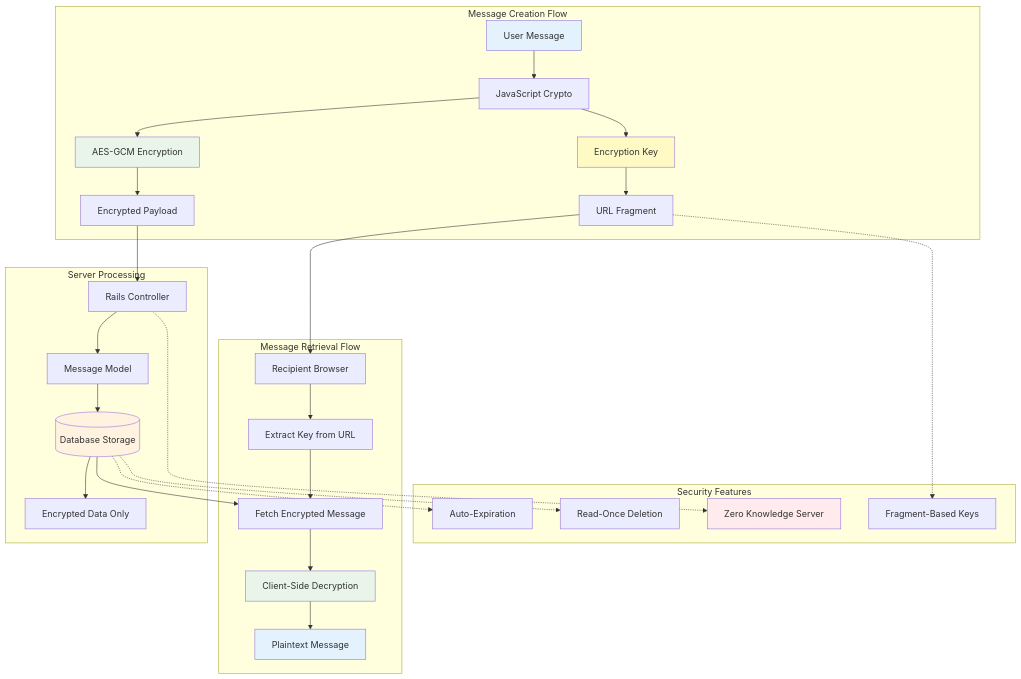
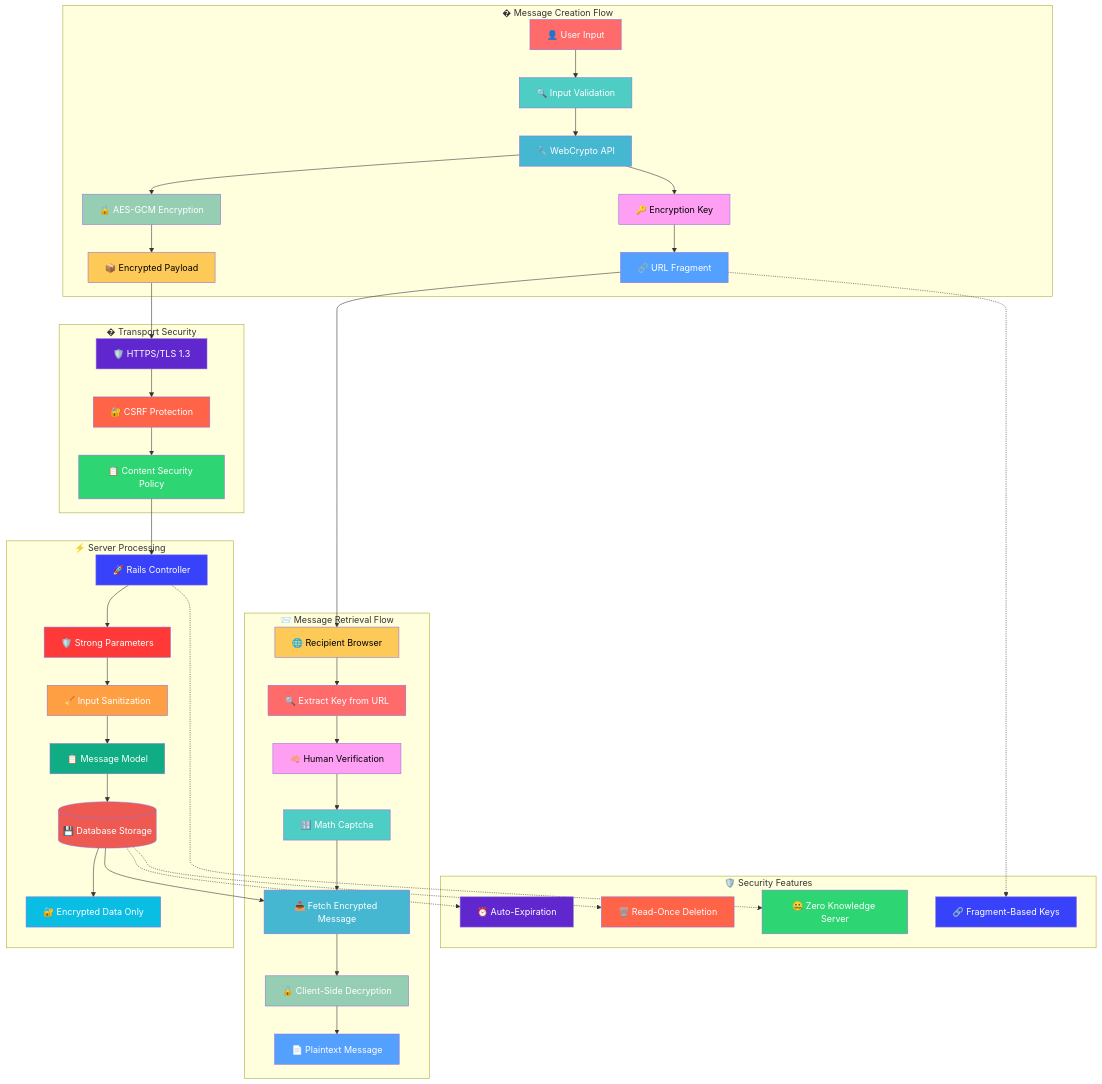
The third of 4 diagrams in README.md (johanns/Celox), drawn with Mermaid before and after one commit. The commit also changed other lines of this file, not shown here.

Commit message:
doc: update README for improved formatting, and graph clarity

````diff
--- a/README.md
+++ b/README.md
@@ -284,46 +268,77 @@
 ```mermaid
 graph TB
-    subgraph "Message Creation Flow"
-        A[User Message] --> B[JavaScript Crypto]
-        B --> C[AES-GCM Encryption]
-        C --> D[Encrypted Payload]
-        B --> E[Encryption Key]
-        E --> F[URL Fragment]
+    subgraph "� Message Creation Flow"
+        A[👤 User Input] --> B[🔍 Input Validation]
+        B --> C[🔧 WebCrypto API]
+        C --> D[🔒 AES-GCM Encryption]
+        D --> E[📦 Encrypted Payload]
+        C --> F[🔑 Encryption Key]
+        F --> G[🔗 URL Fragment]
     end
 
-    subgraph "Server Processing"
-        D --> G[Rails Controller]
-        G --> H[Message Model]
-        H --> I[(Database Storage)]
-        I --> J[Encrypted Data Only]
+    subgraph "� Transport Security"
+        E --> H[🛡️ HTTPS/TLS 1.3]
+        H --> I[🔐 CSRF Protection]
+        I --> J[📋 Content Security Policy]
     end
 
-    subgraph "Message Retrieval Flow"
-        F --> K[Recipient Browser]
-        K --> L[Extract Key from URL]
-        L --> M[Fetch Encrypted Message]
-        I --> M
-        M --> N[Client-Side Decryption]
-        N --> O[Plaintext Message]
+    subgraph "⚡ Server Processing"
+        J --> K[🚀 Rails Controller]
+        K --> L[🛡️ Strong Parameters]
+        L --> M[🧹 Input Sanitization]
+        M --> N[📋 Message Model]
+        N --> O[(💾 Database Storage)]
+        O --> P[🔐 Encrypted Data Only]
     end
 
-    subgraph "Security Features"
-        P[Auto-Expiration]
-        Q[Read-Once Deletion]
-        R[Zero Knowledge Server]
-        S[Fragment-Based Keys]
+    subgraph "📨 Message Retrieval Flow"
+        G --> Q[🌐 Recipient Browser]
+        Q --> R[🔍 Extract Key from URL]
+        R --> S[🧠 Human Verification]
+        S --> T[🔢 Math Captcha]
+        T --> U[📥 Fetch Encrypted Message]
+        O --> U
+        U --> V[🔓 Client-Side Decryption]
+        V --> W[📄 Plaintext Message]
     end
 
-    I -.-> P
-    I -.-> Q
-    G -.-> R
-    F -.-> S
+    subgraph "🛡️ Security Features"
+        X[⏰ Auto-Expiration]
+        Y[🗑️ Read-Once Deletion]
+        Z[🤐 Zero Knowledge Server]
+        AA[🔗 Fragment-Based Keys]
+    end
 
-    style A fill:#e3f2fd
-    style C fill:#e8f5e8
-    style E fill:#fff9c4
-    style I fill:#fff3e0
-    style N fill:#e8f5e8
-    style O fill:#e3f2fd
-    style R fill:#ffebee
+    O -.-> X
+    O -.-> Y
+    K -.-> Z
+    G -.-> AA
+
+    style A fill:#ff6b6b,color:#fff
+    style B fill:#4ecdc4,color:#fff
+    style C fill:#45b7d1,color:#fff
+    style D fill:#96ceb4,color:#fff
+    style E fill:#feca57,color:#000
+    style F fill:#ff9ff3,color:#000
+    style G fill:#54a0ff,color:#fff
+    style H fill:#5f27cd,color:#fff
+    style I fill:#ff6348,color:#fff
+    style J fill:#2ed573,color:#fff
+    style K fill:#3742fa,color:#fff
+    style L fill:#ff3838,color:#fff
+    style M fill:#ff9f43,color:#fff
+    style N fill:#10ac84,color:#fff
+    style O fill:#ee5a52,color:#fff
+    style P fill:#0abde3,color:#fff
+    style Q fill:#feca57,color:#000
+    style R fill:#ff6b6b,color:#fff
+    style S fill:#ff9ff3,color:#000
+    style T fill:#4ecdc4,color:#fff
+    style U fill:#45b7d1,color:#fff
+    style V fill:#96ceb4,color:#fff
+    style W fill:#54a0ff,color:#fff
+    style X fill:#5f27cd,color:#fff
+    style Y fill:#ff6348,color:#fff
+    style Z fill:#2ed573,color:#fff
+    style AA fill:#3742fa,color:#fff
 ```
````
